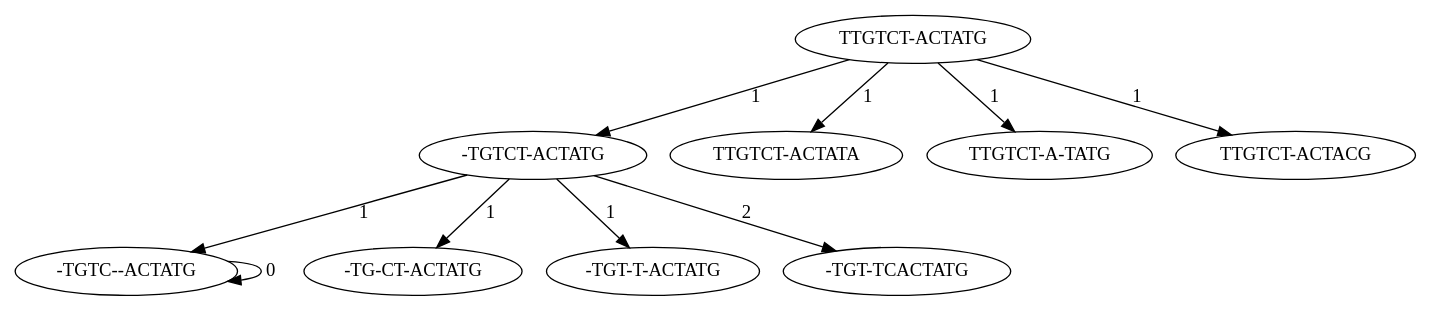
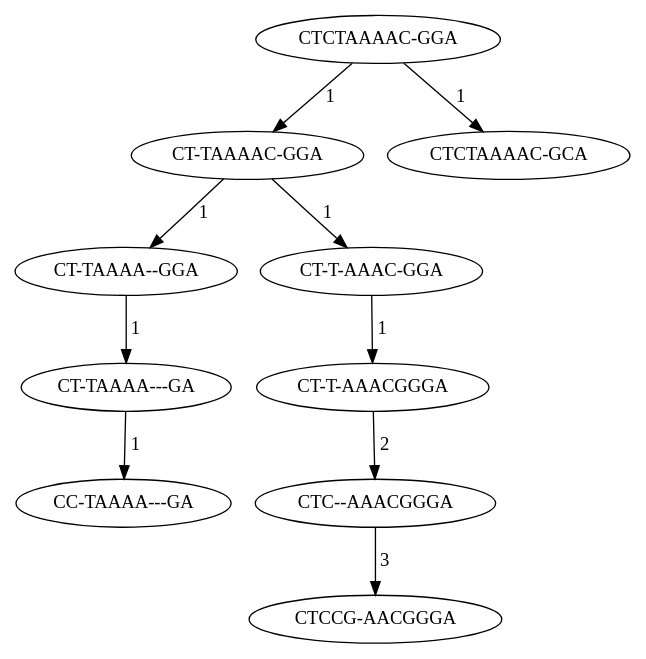
Before and after one commit to JeanSebastienBach/Stage_Alignement: the diagram in arbre.dot, drawn with Graphviz. The commit also changed 7 other files, not shown here.

```diff
--- a/arbre.dot
+++ b/arbre.dot
@@ -1,20 +1,20 @@
 digraph mutation {
-"-TGTC--ACTATG" -> "-TGTC--ACTATG" [label=" 0"];
-// TGTCACTATG TGTCACTATG 0
-"TTGTCT-ACTATG" -> "-TGTCT-ACTATG" [label=" 1"];
-// TTGTCTACTATG TGTCTACTATG 1
-"TTGTCT-ACTATG" -> "TTGTCT-ACTATA" [label=" 1"];
-// TTGTCTACTATG TTGTCTACTATA 1
-"TTGTCT-ACTATG" -> "TTGTCT-A-TATG" [label=" 1"];
-// TTGTCTACTATG TTGTCTATATG 1
-"TTGTCT-ACTATG" -> "TTGTCT-ACTACG" [label=" 1"];
-// TTGTCTACTATG TTGTCTACTACG 1
-"-TGTCT-ACTATG" -> "-TGTC--ACTATG" [label=" 1"];
-// TGTCTACTATG TGTCACTATG 1
-"-TGTCT-ACTATG" -> "-TG-CT-ACTATG" [label=" 1"];
-// TGTCTACTATG TGCTACTATG 1
-"-TGTCT-ACTATG" -> "-TGT-T-ACTATG" [label=" 1"];
-// TGTCTACTATG TGTTACTATG 1
-"-TGTCT-ACTATG" -> "-TGT-TCACTATG" [label=" 2"];
-// TGTCTACTATG TGTTCACTATG 2
+"CTCTAAAAC-GGA" -> "CT-TAAAAC-GGA" [label=" 1"];
+// CTCTAAAACGGA CTTAAAACGGA 1
+"CTCTAAAAC-GGA" -> "CTCTAAAAC-GCA" [label=" 1"];
+// CTCTAAAACGGA CTCTAAAACGCA 1
+"CT-TAAAAC-GGA" -> "CT-TAAAA--GGA" [label=" 1"];
+// CTTAAAACGGA CTTAAAAGGA 1
+"CT-TAAAAC-GGA" -> "CT-T-AAAC-GGA" [label=" 1"];
+// CTTAAAACGGA CTTAAACGGA 1
+"CT-TAAAA--GGA" -> "CT-TAAAA---GA" [label=" 1"];
+// CTTAAAAGGA CTTAAAAGA 1
+"CT-T-AAAC-GGA" -> "CT-T-AAACGGGA" [label=" 1"];
+// CTTAAACGGA CTTAAACGGGA 1
+"CT-TAAAA---GA" -> "CC-TAAAA---GA" [label=" 1"];
+// CTTAAAAGA CCTAAAAGA 1
+"CT-T-AAACGGGA" -> "CTC--AAACGGGA" [label=" 2"];
+// CTTAAACGGGA CTCAAACGGGA 2
+"CTC--AAACGGGA" -> "CTCCG-AACGGGA" [label=" 3"];
+// CTCAAACGGGA CTCCGAACGGGA 3
 }
```
